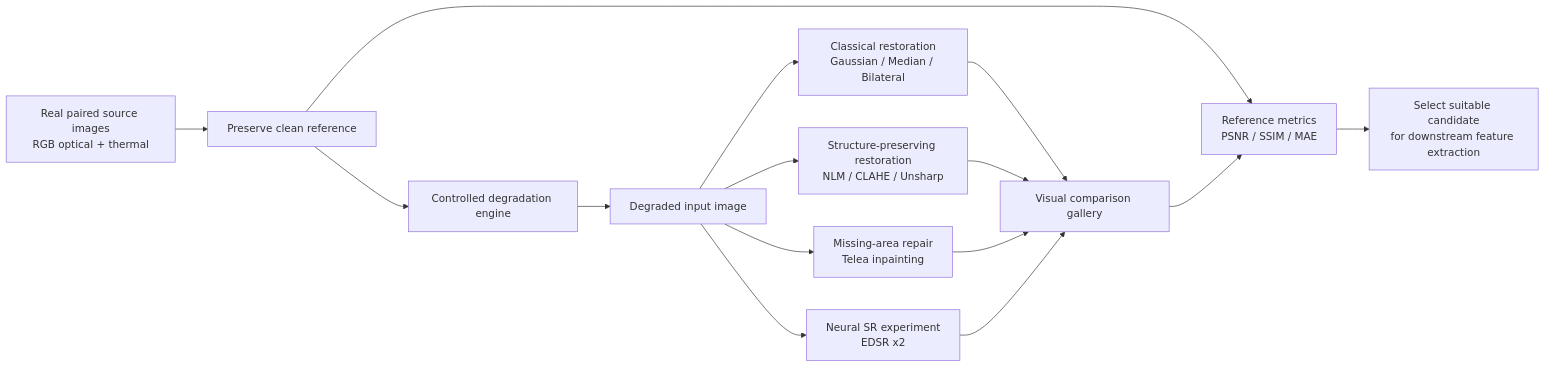
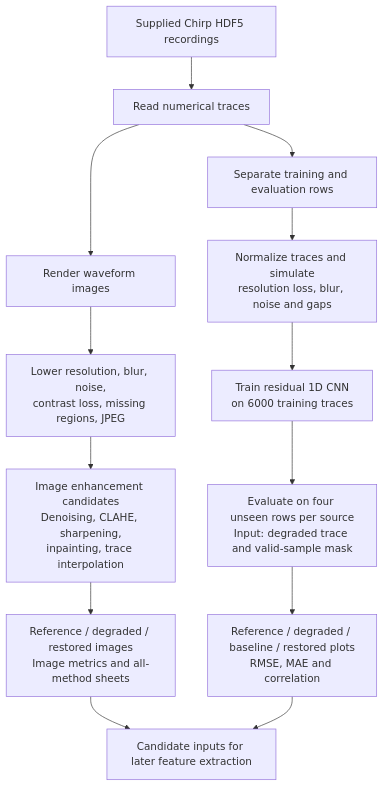
The diagram in README.md (Samik123Mit/BTP_Project), drawn with Mermaid before and after one commit. The commit also changed other lines of this file and 187 other files, not shown here.

Commit message:
Make Chirp restoration primary and separate additional experiments

````diff
--- a/README.md
+++ b/README.md
@@ -27,17 +38,15 @@
 ```mermaid
-flowchart LR
-    A[Real paired source images<br/>RGB optical + thermal] --> B[Preserve clean reference]
-    B --> C[Controlled degradation engine]
-    C --> D[Degraded input image]
-    D --> E1[Classical restoration<br/>Gaussian / Median / Bilateral]
-    D --> E2[Structure-preserving restoration<br/>NLM / CLAHE / Unsharp]
-    D --> E3[Missing-area repair<br/>Telea inpainting]
-    D --> E4[Neural SR experiment<br/>EDSR x2]
-    E1 --> F[Visual comparison gallery]
-    E2 --> F
-    E3 --> F
-    E4 --> F
-    B --> G[Reference metrics<br/>PSNR / SSIM / MAE]
-    F --> G
-    G --> H[Select suitable candidate<br/>for downstream feature extraction]
+flowchart TD
+    A[Supplied Chirp HDF5 recordings] --> B[Read numerical traces]
+    B --> C[Render waveform images]
+    C --> D[Lower resolution, blur, noise,<br/>contrast loss, missing regions, JPEG]
+    D --> E[Image enhancement candidates<br/>Denoising, CLAHE, sharpening,<br/>inpainting, trace interpolation]
+    E --> F[Reference / degraded / restored images<br/>Image metrics and all-method sheets]
+    B --> G[Separate training and evaluation rows]
+    G --> H[Normalize traces and simulate<br/>resolution loss, blur, noise and gaps]
+    H --> I[Train residual 1D CNN<br/>on 6000 training traces]
+    I --> J[Evaluate on four unseen rows per source<br/>Input: degraded trace and valid-sample mask]
+    J --> K[Reference / degraded / baseline / restored plots<br/>RMSE, MAE and correlation]
+    F --> L[Candidate inputs for later feature extraction]
+    K --> L
 ```
````
